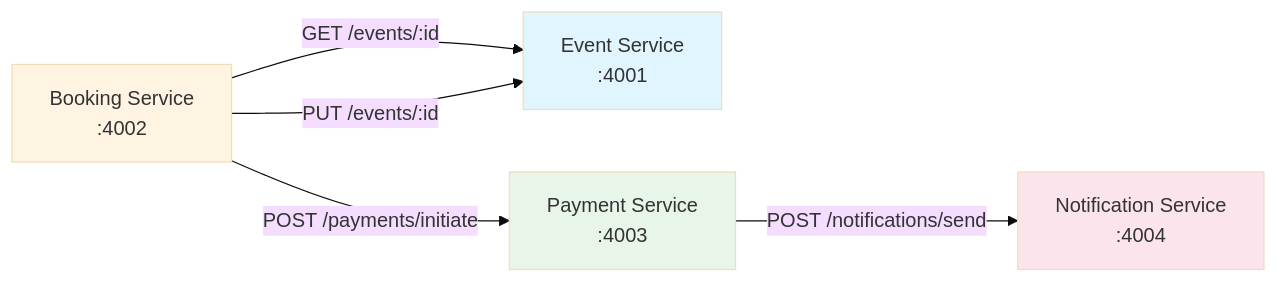
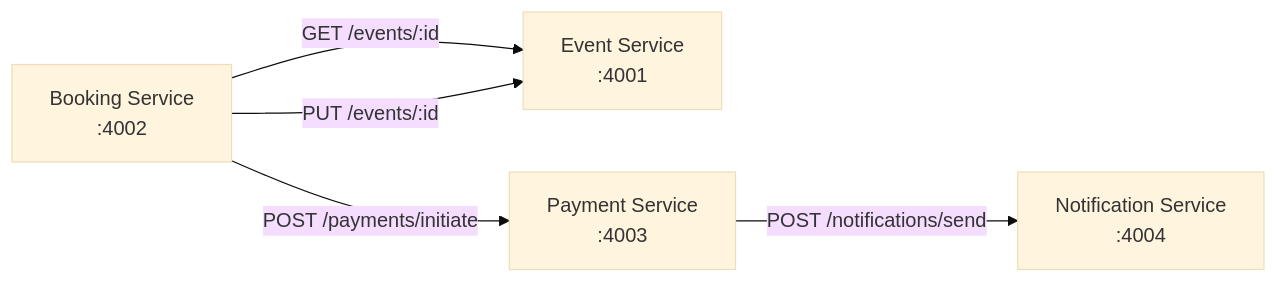
Before and after one commit to ReminDobariya/Event-Management-Ticket-Booking-System: the diagram in README.md, drawn with Mermaid (base theme).

````diff
--- a/README.md
+++ b/README.md
@@ -16,17 +16,12 @@
 ```mermaid
 graph LR
     A[Event Service<br/>:4001] 
     B[Booking Service<br/>:4002]
     C[Payment Service<br/>:4003]
     D[Notification Service<br/>:4004]
     
     B -->|GET /events/:id| A
     B -->|PUT /events/:id| A
     B -->|POST /payments/initiate| C
     C -->|POST /notifications/send| D
-    
-    style A fill:#e1f5ff
-    style B fill:#fff4e1
-    style C fill:#e8f5e9
-    style D fill:#fce4ec
 ```
````
